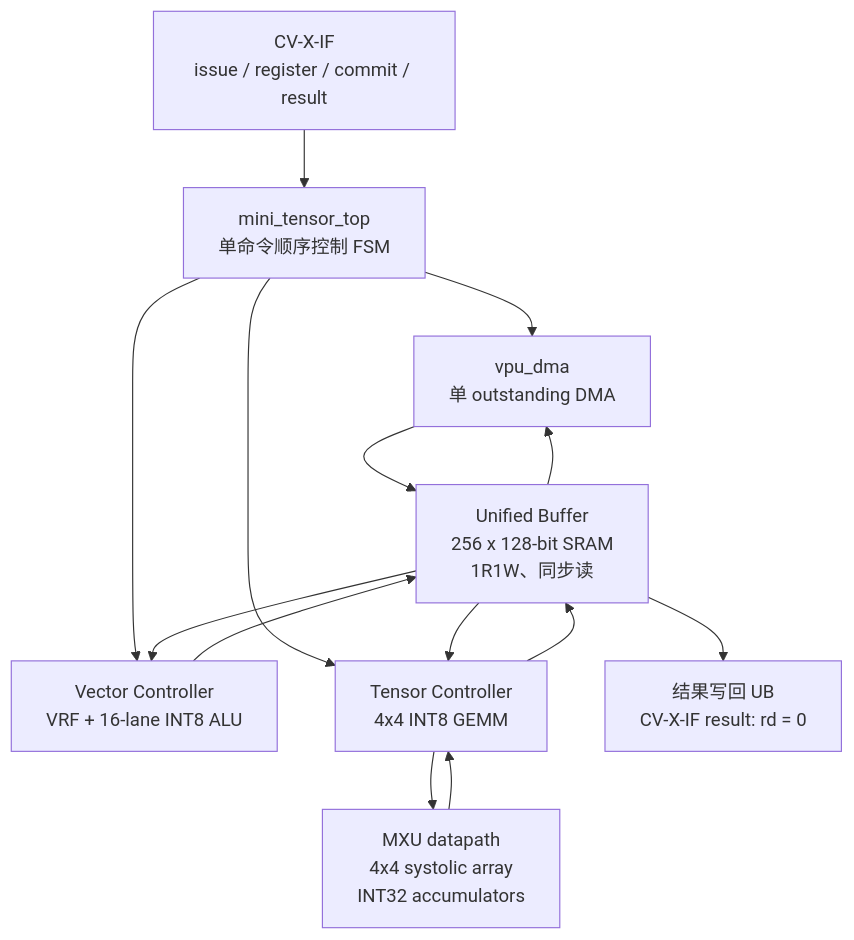
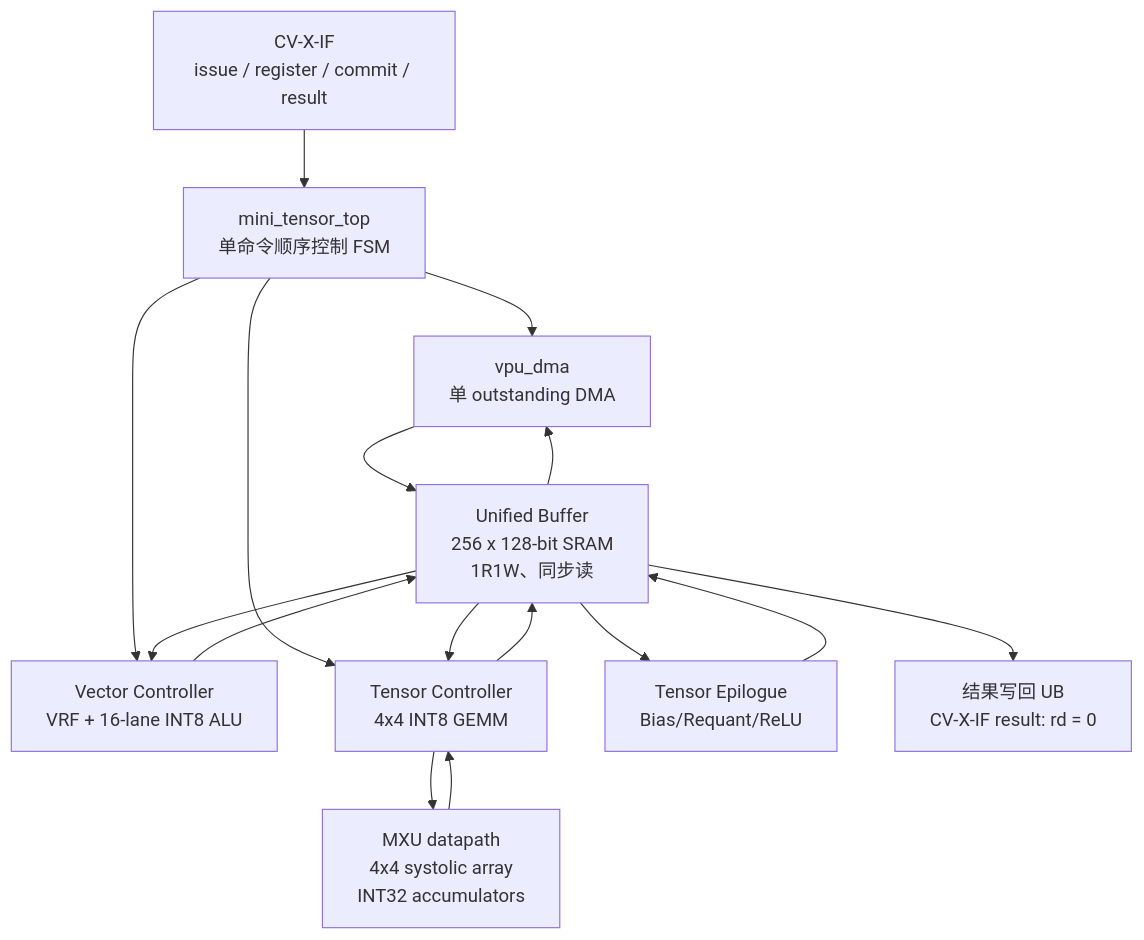
The diagram in docs/microarch/miniTensor.md (PlutoRedbean/ARES), drawn with Mermaid before and after one commit. The commit also changed other lines of this file, not shown here.

Commit message:
docs:miniTensor docs, explain DMA to PlutoRedbean King

````diff
--- a/docs/microarch/miniTensor.md
+++ b/docs/microarch/miniTensor.md
@@ -37,25 +37,28 @@
 ```mermaid
 flowchart TD
     X[CV-X-IF<br/>issue / register / commit / result]
     T[mini_tensor_top<br/>单命令顺序控制 FSM]
     D[vpu_dma<br/>单 outstanding DMA]
     V[Vector Controller<br/>VRF + 16-lane INT8 ALU]
     G[Tensor Controller<br/>4x4 INT8 GEMM]
+    E[Tensor Epilogue<br/>Bias/Requant/ReLU]
     U[Unified Buffer<br/>256 x 128-bit SRAM<br/>1R1W、同步读]
     M[MXU datapath<br/>4x4 systolic array<br/>INT32 accumulators]
     R[结果写回 UB<br/>CV-X-IF result: rd = 0]
 
     X --> T
     T --> D
     T --> V
     T --> G
     D --> U
     U --> D
     V --> U
     U --> V
     G --> U
     U --> G
     G --> M
     M --> G
+    E --> U
+    U --> E
     U --> R
 ```
````
